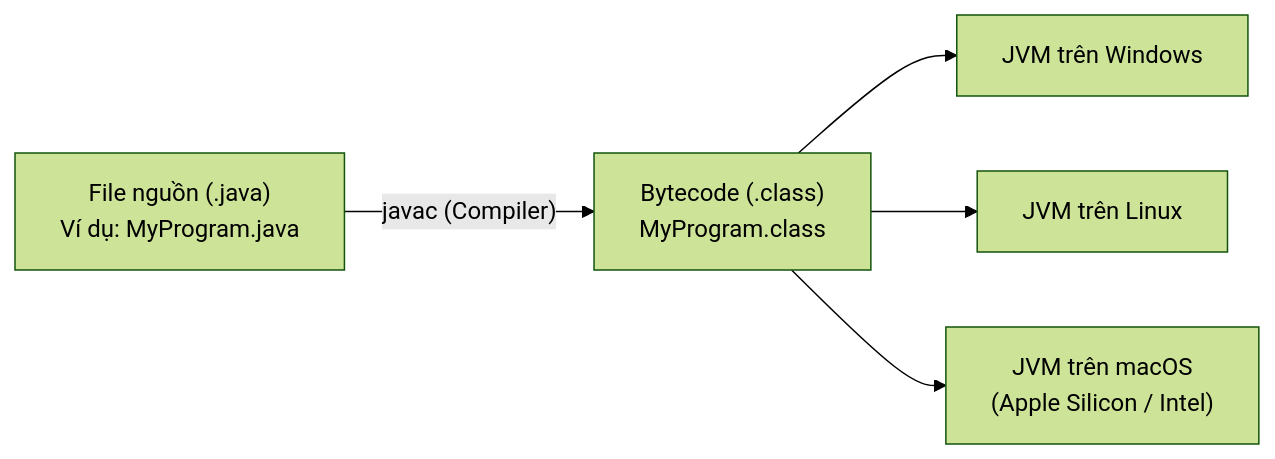
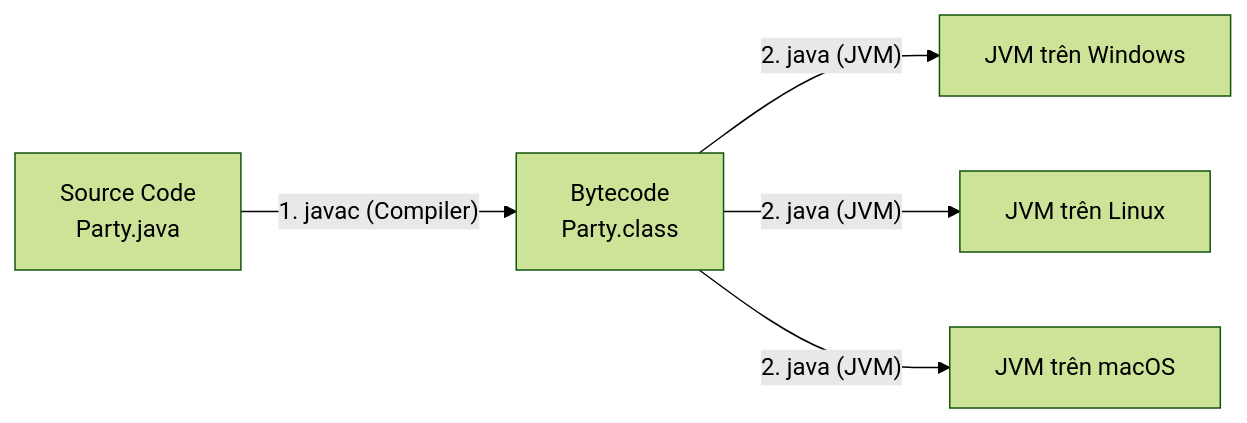
The diagram in docs/Head-First-Java-3rd-Notes/head-first-java-chapter1.vi.md (namaewanam/namaewanam.github.io), drawn with Mermaid (forest theme) before and after one commit. The commit also changed other lines of this file and 111 other files, not shown here.

Commit message:
docs: complete Database Internals & Head First Java series with LaTeX math and visual diagrams

````diff
--- a/docs/Head-First-Java-3rd-Notes/head-first-java-chapter1.vi.md
+++ b/docs/Head-First-Java-3rd-Notes/head-first-java-chapter1.vi.md
@@ -28,7 +30,7 @@
 ```mermaid
 flowchart LR
-    A["File nguồn (.java)<br/>Ví dụ: MyProgram.java"] -->|"javac (Compiler)"| B["Bytecode (.class)<br/>MyProgram.class"]
-    B --> C["JVM trên Windows"]
-    B --> D["JVM trên Linux"]
-    B --> E["JVM trên macOS<br/>(Apple Silicon / Intel)"]
+    A["Source Code<br/>Party.java"] -->|"1. javac (Compiler)"| B["Bytecode<br/>Party.class"]
+    B -->|"2. java (JVM)"| C["JVM trên Windows"]
+    B -->|"2. java (JVM)"| D["JVM trên Linux"]
+    B -->|"2. java (JVM)"| E["JVM trên macOS"]
 ```
````
